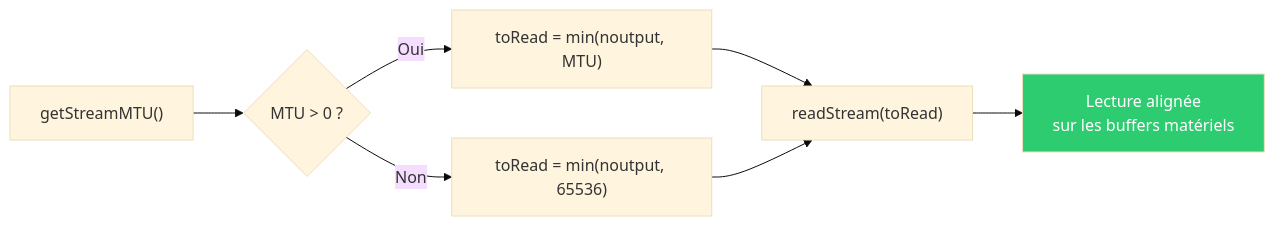
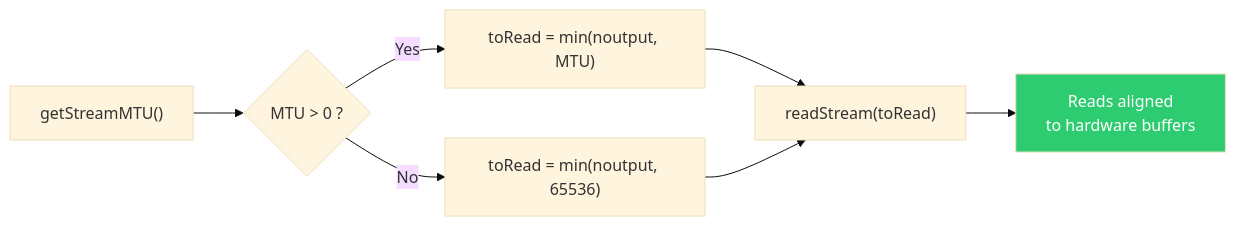
Before and after one commit to f4tnk/gr-osmosdr: the seventh of 15 diagrams in OPTIMIZATION-F4TNK.md, drawn with Mermaid (base theme). The commit also changed other lines of this file, not shown here.

````diff
--- a/OPTIMIZATION-F4TNK.md
+++ b/OPTIMIZATION-F4TNK.md
@@ -176,11 +176,11 @@
 ```mermaid
 flowchart LR
     A["getStreamMTU()"] --> B{"MTU > 0 ?"}
-    B -->|Oui| C["toRead = min(noutput, MTU)"]
-    B -->|Non| D["toRead = min(noutput, 65536)"]
+    B -->|Yes| C["toRead = min(noutput, MTU)"]
+    B -->|No| D["toRead = min(noutput, 65536)"]
     C --> E["readStream(toRead)"]
     D --> E
-    E --> F["Lecture alignée<br/>sur les buffers matériels"]
+    E --> F["Reads aligned<br/>to hardware buffers"]
 
     style F fill:#2ecc71,color:#fff
 ```
````
